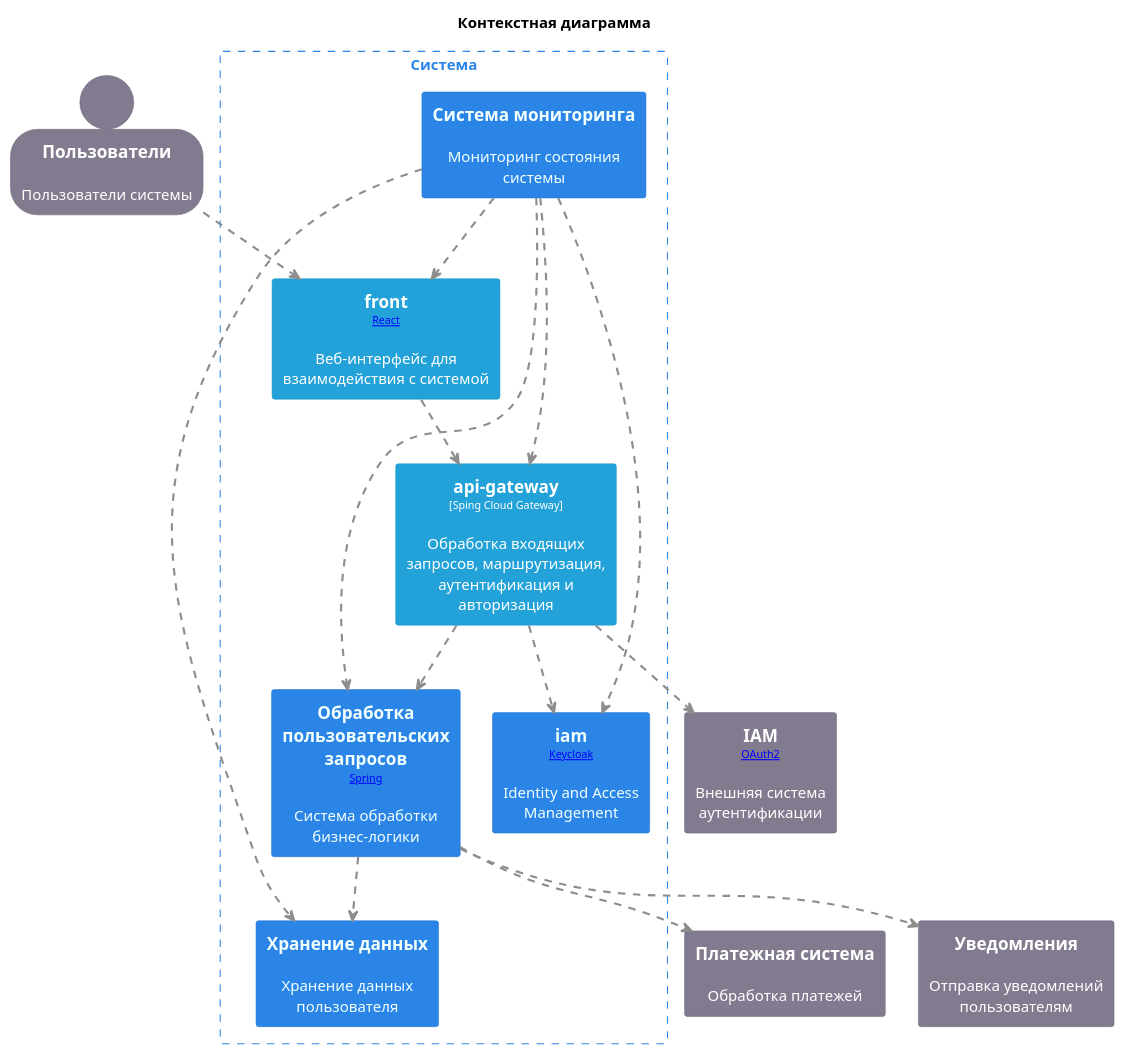
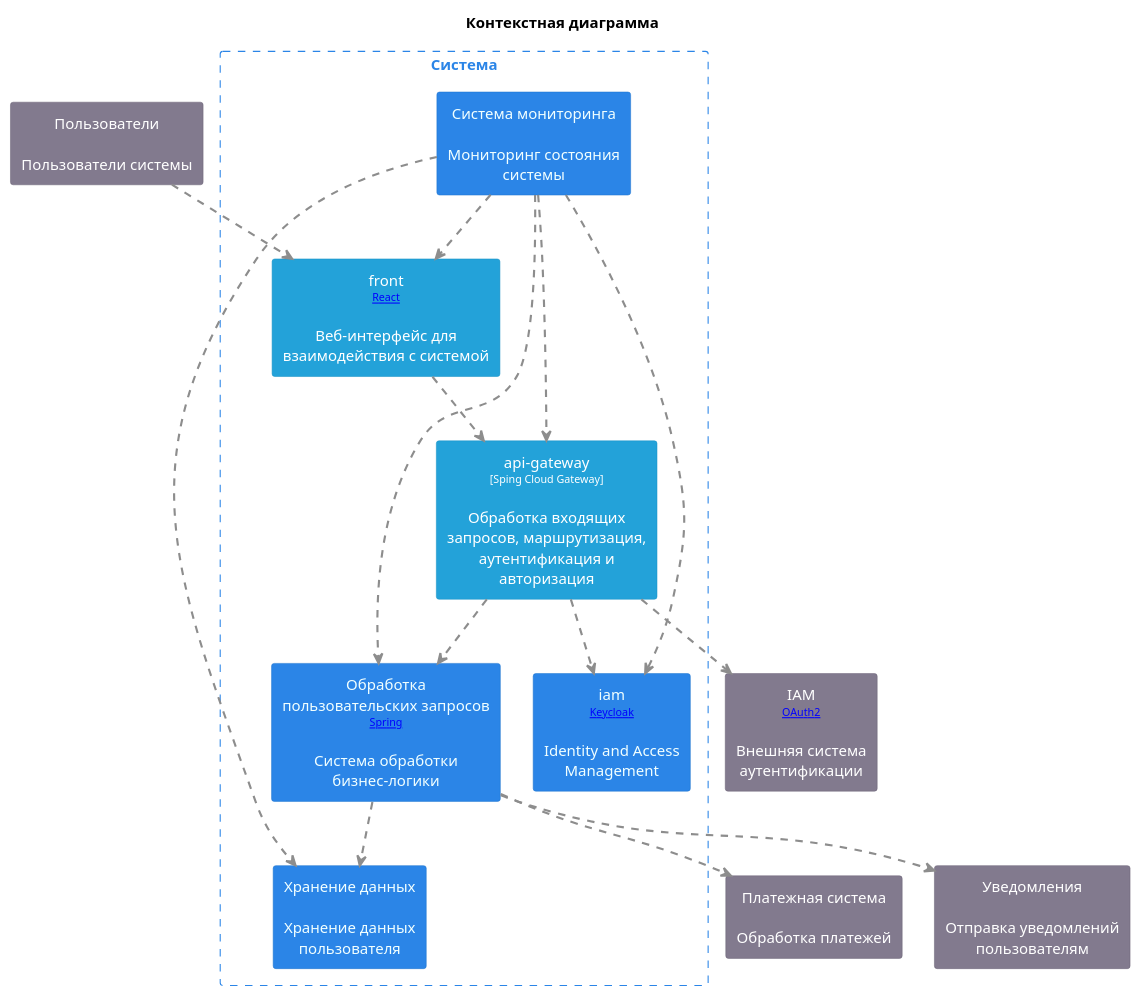
One commit to shelepovg/system-design-homework changed the diagram in doc/схемы/context.puml. Above: the diagram before and after it, drawn with PlantUML. The commit also changed 5 other files, not shown here.

Commit message:
поправил выгрузку в plantuml из likec4

```diff
--- a/doc/схемы/context.puml
+++ b/doc/схемы/context.puml
@@ -1,96 +1,96 @@
 @startuml
 title "Контекстная диаграмма"
 top to bottom direction
 
 hide stereotype
 skinparam ranksep 60
 skinparam nodesep 30
 skinparam {
   arrowFontSize 10
   defaultTextAlignment center
   wrapWidth 200
   maxMessageSize 100
   shadowing false
 }
 
-skinparam person<<Users>>{
+skinparam rectangle<<Users>>{
   BackgroundColor #827a8e
   FontColor #ffffff
   BorderColor #6c6477
 }
 skinparam rectangle<<SystemMonitoring>>{
   BackgroundColor #2b85e7
   FontColor #f1ffff
   BorderColor #1e73ce
 }
 skinparam rectangle<<SystemFront>>{
   BackgroundColor #23a2d9
   FontColor #ffffff
   BorderColor #1892c5
 }
 skinparam rectangle<<SystemApiGateway>>{
   BackgroundColor #23a2d9
   FontColor #ffffff
   BorderColor #1892c5
 }
 skinparam rectangle<<SystemIam>>{
   BackgroundColor #2b85e7
   FontColor #f1ffff
   BorderColor #1e73ce
 }
 skinparam rectangle<<SystemBackend>>{
   BackgroundColor #2b85e7
   FontColor #f1ffff
   BorderColor #1e73ce
 }
 skinparam rectangle<<Iam_ext>>{
   BackgroundColor #827a8e
   FontColor #ffffff
   BorderColor #6c6477
 }
 skinparam rectangle<<SystemStorage>>{
   BackgroundColor #2b85e7
   FontColor #f1ffff
   BorderColor #1e73ce
 }
 skinparam rectangle<<Payment>>{
   BackgroundColor #827a8e
   FontColor #ffffff
   BorderColor #6c6477
 }
-skinparam rectangle<<Notification>>{
+skinparam rectangle<<Notify>>{
   BackgroundColor #827a8e
   FontColor #ffffff
   BorderColor #6c6477
 }
-person "==Пользователи\n\nПользователи системы" <<Users>> as Users
+rectangle "Пользователи\n\nПользователи системы" <<Users>> as Users
 rectangle "Система" <<System>> as System {
   skinparam RectangleBorderColor<<System>> #2b85e7
   skinparam RectangleFontColor<<System>> #2b85e7
   skinparam RectangleBorderStyle<<System>> dashed
 
-  rectangle "==Система мониторинга\n\nМониторинг состояния системы" <<SystemMonitoring>> as SystemMonitoring
-  rectangle "==front\n<size:10>[[React]]</size>\n\nВеб-интерфейс для взаимодействия с системой" <<SystemFront>> as SystemFront
-  rectangle "==api-gateway\n<size:10>[Sping Cloud Gateway]</size>\n\nОбработка входящих запросов, маршрутизация, аутентификация и авторизация" <<SystemApiGateway>> as SystemApiGateway
-  rectangle "==iam\n<size:10>[[Keycloak]]</size>\n\nIdentity and Access Management" <<SystemIam>> as SystemIam
-  rectangle "==Обработка пользовательских запросов\n<size:10>[[Spring]]</size>\n\nСистема обработки бизнес-логики" <<SystemBackend>> as SystemBackend
-  rectangle "==Хранение данных\n\nХранение данных пользователя" <<SystemStorage>> as SystemStorage
+  rectangle "Система мониторинга\n\nМониторинг состояния системы" <<SystemMonitoring>> as SystemMonitoring
+  rectangle "front\n<size:10>[[React]]</size>\n\nВеб-интерфейс для взаимодействия с системой" <<SystemFront>> as SystemFront
+  rectangle "api-gateway\n<size:10>[Sping Cloud Gateway]</size>\n\nОбработка входящих запросов, маршрутизация, аутентификация и авторизация" <<SystemApiGateway>> as SystemApiGateway
+  rectangle "iam\n<size:10>[[Keycloak]]</size>\n\nIdentity and Access Management" <<SystemIam>> as SystemIam
+  rectangle "Обработка пользовательских запросов\n<size:10>[[Spring]]</size>\n\nСистема обработки бизнес-логики" <<SystemBackend>> as SystemBackend
+  rectangle "Хранение данных\n\nХранение данных пользователя" <<SystemStorage>> as SystemStorage
 }
-rectangle "==IAM\n<size:10>[[OAuth2]]</size>\n\nВнешняя система аутентификации" <<Iam_ext>> as Iam_ext
-rectangle "==Платежная система\n\nОбработка платежей" <<Payment>> as Payment
-rectangle "==Уведомления\n\nОтправка уведомлений пользователям" <<Notification>> as Notification
+rectangle "IAM\n<size:10>[[OAuth2]]</size>\n\nВнешняя система аутентификации" <<Iam_ext>> as Iam_ext
+rectangle "Платежная система\n\nОбработка платежей" <<Payment>> as Payment
+rectangle "Уведомления\n\nОтправка уведомлений пользователям" <<Notify>> as Notification
 
 Users .[#8D8D8D,thickness=2].> SystemFront
 SystemFront .[#8D8D8D,thickness=2].> SystemApiGateway
 SystemMonitoring .[#8D8D8D,thickness=2].> SystemFront
 SystemApiGateway .[#8D8D8D,thickness=2].> SystemIam
 SystemApiGateway .[#8D8D8D,thickness=2].> SystemBackend
 SystemMonitoring .[#8D8D8D,thickness=2].> SystemApiGateway
 SystemMonitoring .[#8D8D8D,thickness=2].> SystemIam
 SystemBackend .[#8D8D8D,thickness=2].> SystemStorage
 SystemMonitoring .[#8D8D8D,thickness=2].> SystemBackend
 SystemMonitoring .[#8D8D8D,thickness=2].> SystemStorage
 SystemApiGateway .[#8D8D8D,thickness=2].> Iam_ext
 SystemBackend .[#8D8D8D,thickness=2].> Payment
 SystemBackend .[#8D8D8D,thickness=2].> Notification
 @enduml
```
